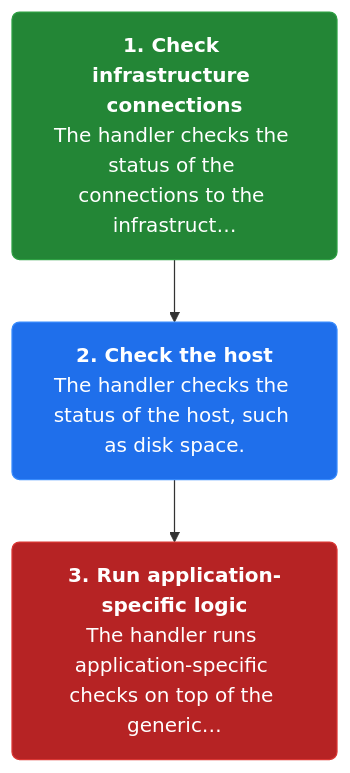
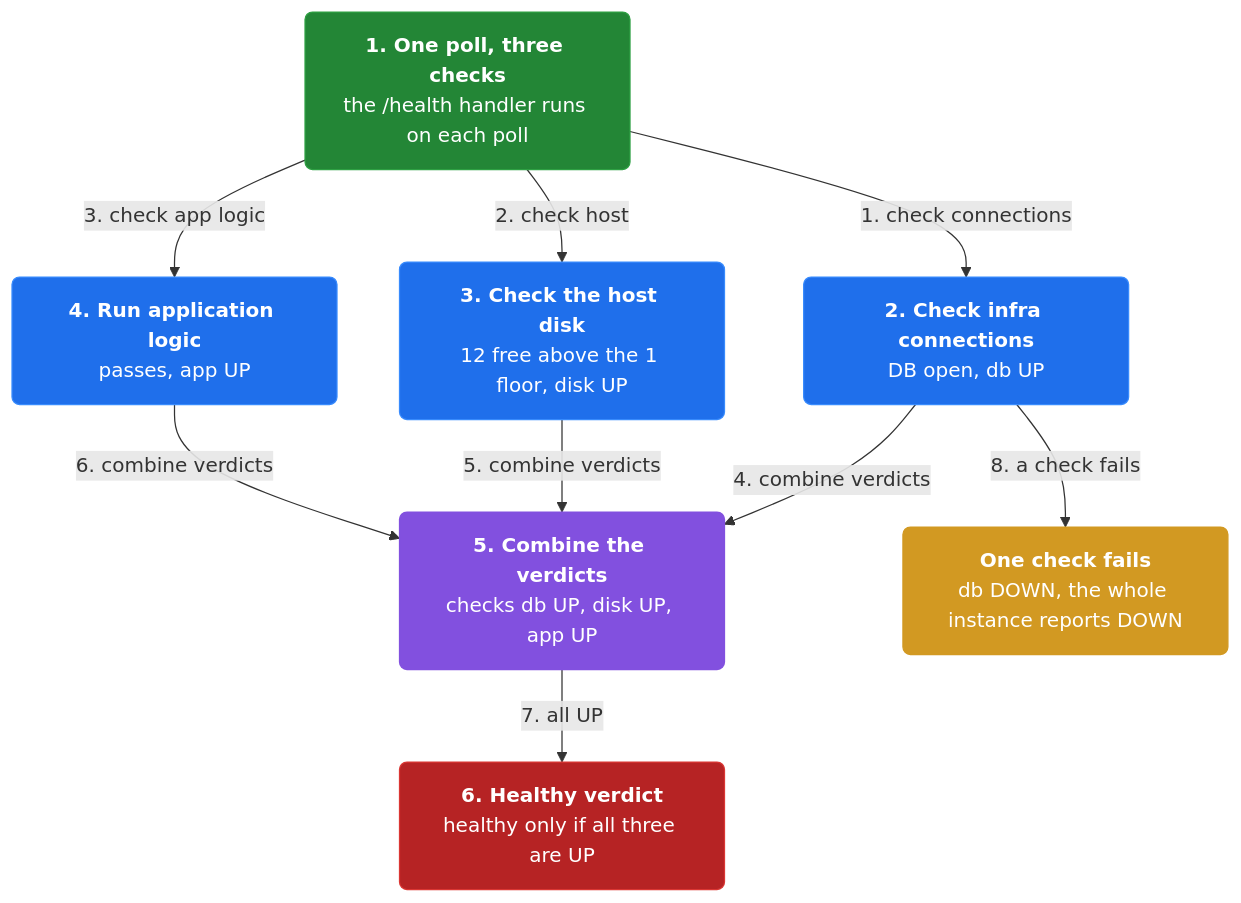
One commit to vinayakuber/microservices-io-study-guide changed the second of 4 diagrams in docs/ch35-health-check-api.md. Above: the diagram before and after it, drawn with Mermaid. The commit also changed other lines of this file and 46 other files, not shown here.

First line of the commit message:
Author rich branching flow diagrams for all 44 chapters

````diff
--- a/docs/ch35-health-check-api.md
+++ b/docs/ch35-health-check-api.md
@@ -49,11 +59,23 @@
 ```mermaid
 flowchart TD
-  classDef step fill:#1f6feb,color:#ffffff,stroke:#388bfd,stroke-width:1px,rx:6
+  classDef step fill:#1f6feb,color:#ffffff,stroke:#388bfd,rx:6
+  classDef core fill:#8250df,color:#ffffff,stroke:#8250df,rx:6
+  classDef warn fill:#d29922,color:#ffffff,stroke:#d29922,rx:6
   classDef start fill:#238636,color:#ffffff,stroke:#2ea043,rx:6
   classDef stop fill:#b62324,color:#ffffff,stroke:#da3633,rx:6
-  s1n0["<b>1. Check infrastructure connections</b><br/>The handler checks the status of the connections to the infrastruct…"]:::start
-  s1n1["<b>2. Check the host</b><br/>The handler checks the status of the host, such as disk space."]:::step
-  s1n2["<b>3. Run application-specific logic</b><br/>The handler runs application-specific checks on top of the generic…"]:::stop
-  s1n0 --> s1n1
-  s1n1 --> s1n2
+n0["<b>1. One poll, three checks</b><br/>the /health handler runs on each poll"]:::start
+  n1["<b>2. Check infra connections</b><br/>DB open, db UP"]:::step
+  n2["<b>3. Check the host disk</b><br/>12 free above the 1 floor, disk UP"]:::step
+  n3["<b>4. Run application logic</b><br/>passes, app UP"]:::step
+  n4["<b>5. Combine the verdicts</b><br/>checks db UP, disk UP, app UP"]:::core
+  n5["<b>6. Healthy verdict</b><br/>healthy only if all three are UP"]:::stop
+  n6["<b>One check fails</b><br/>db DOWN, the whole instance reports DOWN"]:::warn
+  n0 -->|"1. check connections"| n1
+  n0 -->|"2. check host"| n2
+  n0 -->|"3. check app logic"| n3
+  n1 -->|"4. combine verdicts"| n4
+  n2 -->|"5. combine verdicts"| n4
+  n3 -->|"6. combine verdicts"| n4
+  n4 -->|"7. all UP"| n5
+  n1 -->|"8. a check fails"| n6
 ```
````
